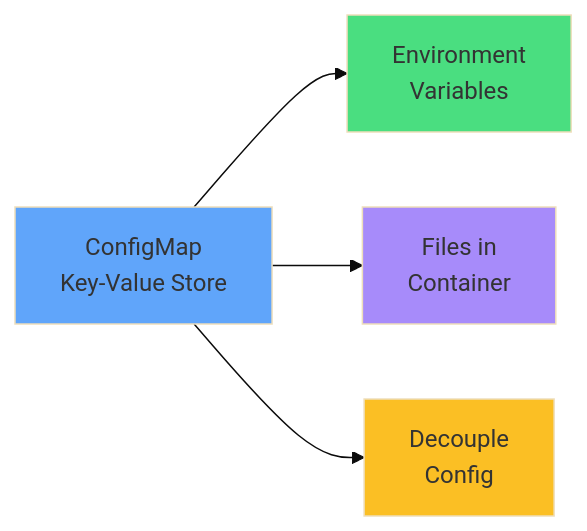
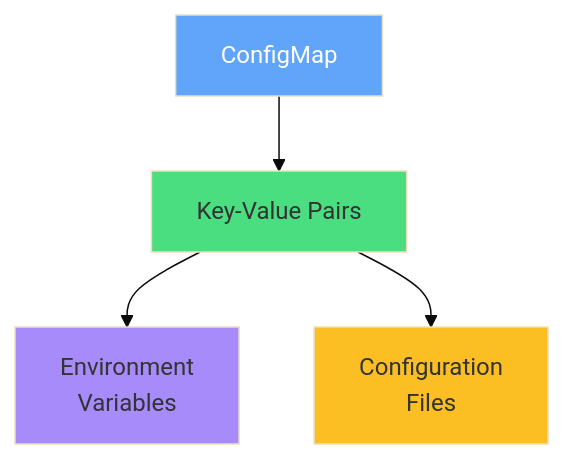
The second of 6 diagrams in slides/configmaps/slides.md (courselabs/kubernetes), drawn with Mermaid (base theme) before and after one commit. The commit also changed other lines of this file and 7 other files, not shown here.

````diff
--- a/slides/configmaps/slides.md
+++ b/slides/configmaps/slides.md
@@ -69,10 +128,10 @@
 ```mermaid
-graph LR
-    CM[ConfigMap<br/>Key-Value Store] --> E[Environment<br/>Variables]
-    CM --> F[Files in<br/>Container]
-    CM --> D[Decouple<br/>Config]
-    style CM fill:#60a5fa
-    style E fill:#4ade80
-    style F fill:#a78bfa
-    style D fill:#fbbf24
+graph TB
+    CM[ConfigMap] --> KV[Key-Value Pairs]
+    KV --> E[Environment<br/>Variables]
+    KV --> F[Configuration<br/>Files]
+    style CM fill:#60a5fa,color:#fff
+    style KV fill:#4ade80
+    style E fill:#a78bfa
+    style F fill:#fbbf24
 ```
````
